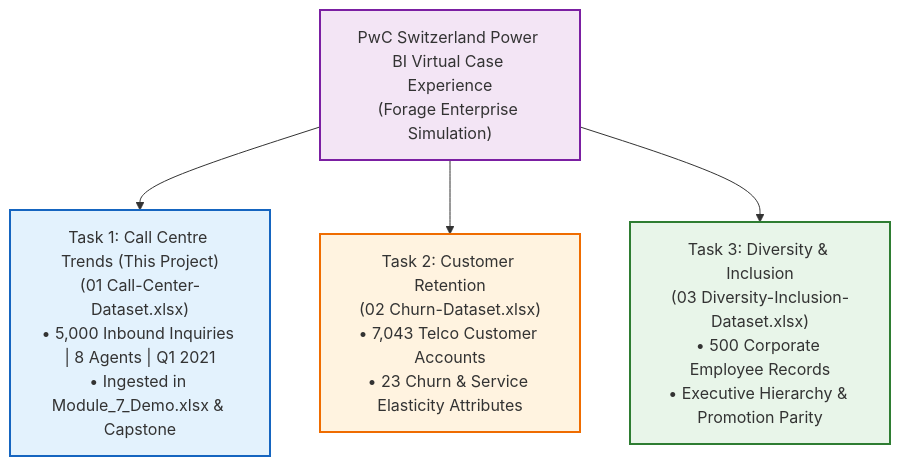
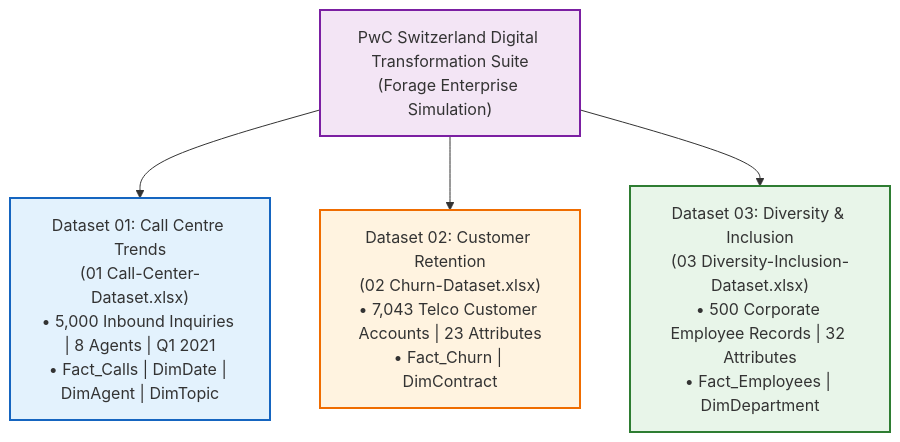
One commit to Sohila-Khaled-Abbas/COURSE-EXCEL-ZERO-TO-HERO changed the first of 2 diagrams in 06_Projects/Call Center Performance Analysis/Dataset Documentation.md. Above: the diagram before and after it, drawn with Mermaid. The commit also changed other lines of this file and 11 other files, not shown here.

Commit message:
feat(pwc-capstone): integrate full 3-dataset Galaxy Schema into project documentation suite

````diff
--- a/06_Projects/Call Center Performance Analysis/Dataset Documentation.md
+++ b/06_Projects/Call Center Performance Analysis/Dataset Documentation.md
@@ -38,17 +36,17 @@
 ```mermaid
 flowchart TD
-    PWC["PwC Switzerland Power BI Virtual Case Experience\n(Forage Enterprise Simulation)"]
+    PWC["PwC Switzerland Digital Transformation Suite\n(Forage Enterprise Simulation)"]
     
-    T1["Task 1: Call Centre Trends (This Project)\n(01 Call-Center-Dataset.xlsx)\n• 5,000 Inbound Inquiries | 8 Agents | Q1 2021\n• Ingested in Module_7_Demo.xlsx & Capstone"]
-    T2["Task 2: Customer Retention\n(02 Churn-Dataset.xlsx)\n• 7,043 Telco Customer Accounts\n• 23 Churn & Service Elasticity Attributes"]
-    T3["Task 3: Diversity & Inclusion\n(03 Diversity-Inclusion-Dataset.xlsx)\n• 500 Corporate Employee Records\n• Executive Hierarchy & Promotion Parity"]
+    T1["Dataset 01: Call Centre Trends\n(01 Call-Center-Dataset.xlsx)\n• 5,000 Inbound Inquiries | 8 Agents | Q1 2021\n• Fact_Calls | DimDate | DimAgent | DimTopic"]
+    T2["Dataset 02: Customer Retention\n(02 Churn-Dataset.xlsx)\n• 7,043 Telco Customer Accounts | 23 Attributes\n• Fact_Churn | DimContract"]
+    T3["Dataset 03: Diversity & Inclusion\n(03 Diversity-Inclusion-Dataset.xlsx)\n• 500 Corporate Employee Records | 32 Attributes\n• Fact_Employees | DimDepartment"]
     
     PWC --> T1
     PWC --> T2
     PWC --> T3
     
     style PWC fill:#f3e5f5,stroke:#7b1fa2,stroke-width:2px
     style T1 fill:#e3f2fd,stroke:#1565c0,stroke-width:2px
     style T2 fill:#fff3e0,stroke:#ef6c00,stroke-width:2px
     style T3 fill:#e8f5e9,stroke:#2e7d32,stroke-width:2px
 ```
````
